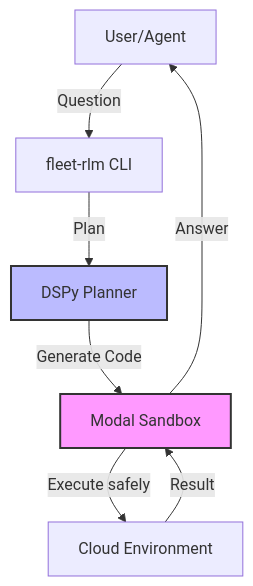
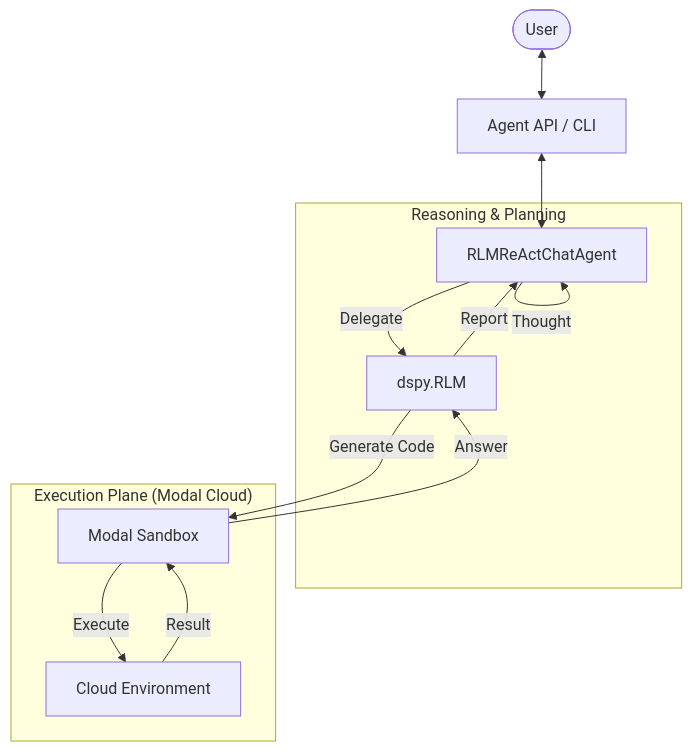
One commit to Qredence/fleet-rlm changed the diagram in README.md. Above: the diagram before and after it, drawn with Mermaid. The commit also changed other lines of this file, not shown here.

First line of the commit message:
docs: rewrite README for DSPy-aligned agent architecture

````diff
--- a/README.md
+++ b/README.md
@@ -11,12 +11,19 @@
 ```mermaid
 graph TD
-    User[User/Agent] -->|Question| CLI[fleet-rlm CLI]
-    CLI -->|Plan| DSPy[DSPy Planner]
-    DSPy -->|Generate Code| Modal[Modal Sandbox]
-    Modal -->|Execute safely| Cloud[Cloud Environment]
-    Cloud -->|Result| Modal
-    Modal -->|Answer| User
+    User([User]) <--> API[Agent API / CLI]
+    API <--> Agent[RLMReActChatAgent]
 
-    style Modal fill:#f9f,stroke:#333,stroke-width:2px
-    style DSPy fill:#bbf,stroke:#333,stroke-width:2px
+    subgraph "Reasoning & Planning"
+        Agent -- "Thought" --> Agent
+        Agent -- "Delegate" --> RLM[dspy.RLM]
+    end
+
+    subgraph "Execution Plane (Modal Cloud)"
+        RLM -->|Generate Code| Sandbox[Modal Sandbox]
+        Sandbox -->|Execute| Cloud[Cloud Environment]
+        Cloud -->|Result| Sandbox
+    end
+
+    Sandbox -->|Answer| RLM
+    RLM -->|Report| Agent
 ```
````
